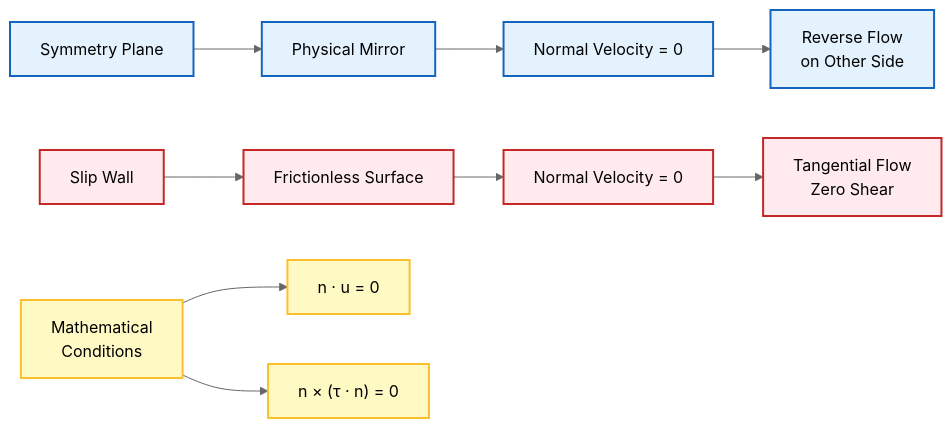
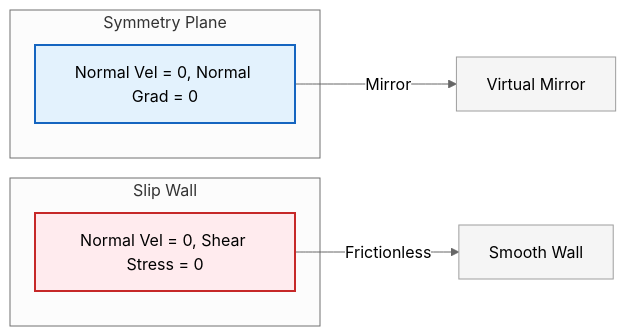
The second of 6 diagrams in MODULE_01_CFD_FUNDAMENTALS/CONTENT/03_BOUNDARY_CONDITIONS/08_Exercises.md (wramet/build-my-cfd), drawn with Mermaid (neutral theme) before and after one commit. The commit also changed other lines of this file and 313 other files, not shown here.

Commit message:
Revise all diagram

````diff
--- a/MODULE_01_CFD_FUNDAMENTALS/CONTENT/03_BOUNDARY_CONDITIONS/08_Exercises.md
+++ b/MODULE_01_CFD_FUNDAMENTALS/CONTENT/03_BOUNDARY_CONDITIONS/08_Exercises.md
@@ -357,21 +368,19 @@
 ```mermaid
 graph LR
-    A["Symmetry Plane"] --> B["Physical Mirror"]
-    B --> C["Normal Velocity = 0"]
-    C --> D["Reverse Flow <br/> on Other Side"]
+%% Symmetry vs Slip
+subgraph Symmetry ["Symmetry Plane"]
+    SymCond["Normal Vel = 0, Normal Grad = 0"]:::implicit
+end
 
-    E["Slip Wall"] --> F["Frictionless Surface"]
-    F --> G["Normal Velocity = 0"]
-    G --> H["Tangential Flow <br/> Zero Shear"]
+subgraph Slip ["Slip Wall"]
+    SlipCond["Normal Vel = 0, Shear Stress = 0"]:::explicit
+end
 
-    I["Mathematical <br/> Conditions"] --> J["n · u = 0"]
-    I --> K["n × (τ · n) = 0"]
+SymCond -->|Mirror| Physics1["Virtual Mirror"]:::context
+SlipCond -->|Frictionless| Physics2["Smooth Wall"]:::context
 
-    classDef symmetry fill:#e3f2fd,stroke:#1565c0,stroke-width:2px,color:#000;
-    classDef slip fill:#ffebee,stroke:#c62828,stroke-width:2px,color:#000;
-    classDef math fill:#fff9c4,stroke:#fbc02d,stroke-width:2px,color:#000;
-
-    class A,B,C,D symmetry;
-    class E,F,G,H slip;
-    class I,J,K math;
+%% Classes
+classDef implicit fill:#e3f2fd,stroke:#1565c0,stroke-width:2px;
+classDef explicit fill:#ffebee,stroke:#c62828,stroke-width:2px;
+classDef context fill:#f5f5f5,stroke:#9e9e9e,stroke-width:1px;
 ```
````
